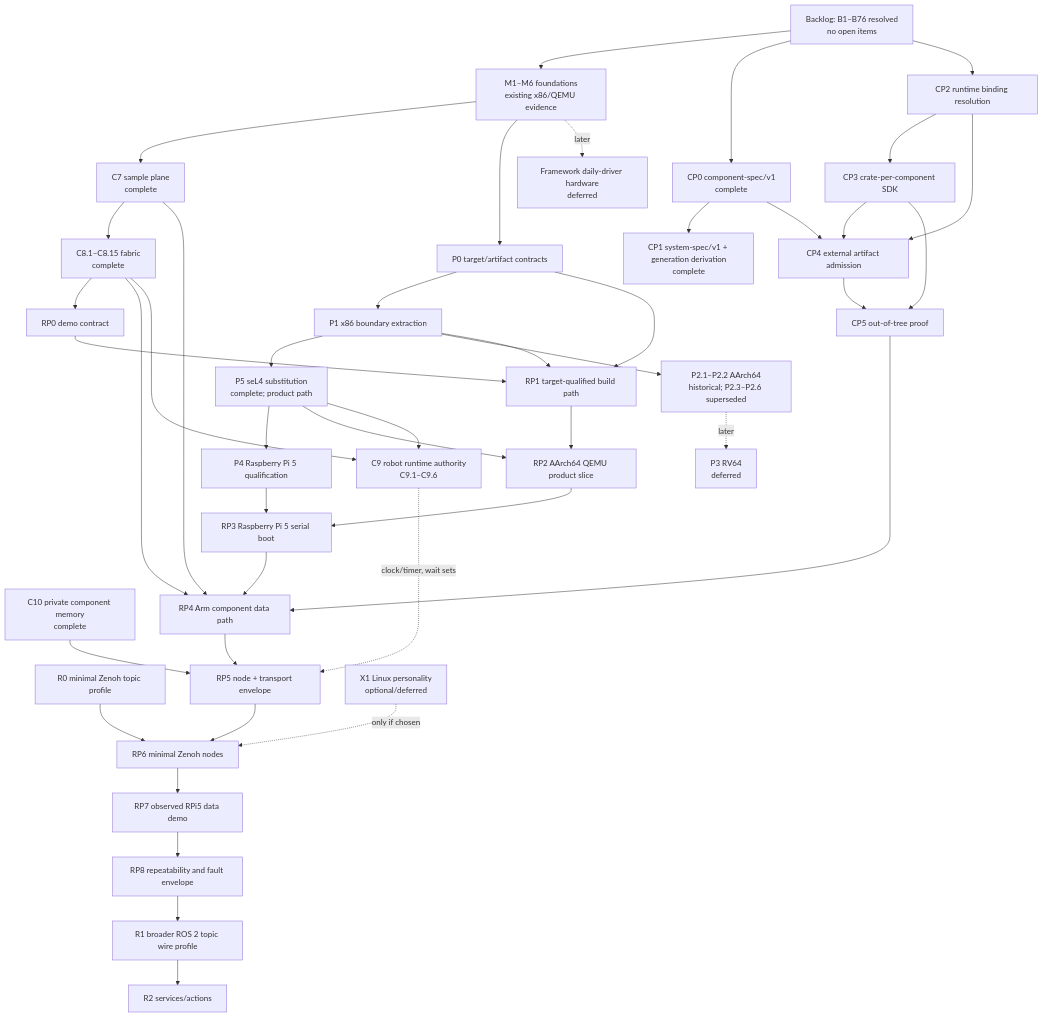
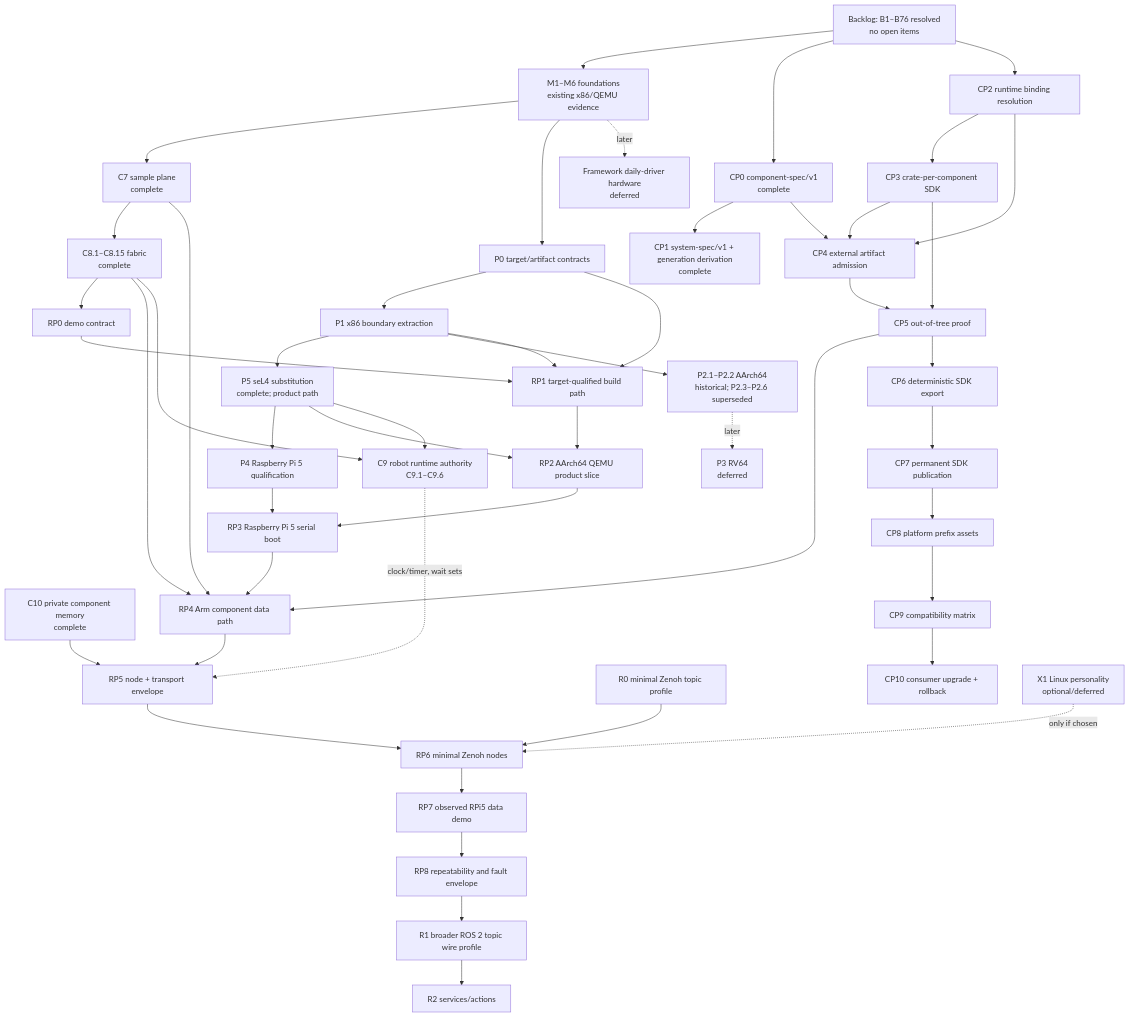
The diagram in roadmap/README.md (iceice666/slime_os), drawn with Mermaid before and after one commit. The commit also changed other lines of this file and 3 other files, not shown here.

Commit message:
docs(roadmap/component-sdk): plan sdk releases

````diff
--- a/roadmap/README.md
+++ b/roadmap/README.md
@@ -45,67 +45,73 @@
 ```mermaid
 flowchart TD
     Backlog["Backlog: B1–B76 resolved\nno open items"]
     Foundations["M1–M6 foundations\nexisting x86/QEMU evidence"]
     C7["C7 sample plane\ncomplete"]
     C8["C8.1–C8.15 fabric\ncomplete"]
     P0["P0 target/artifact contracts"]
     P1["P1 x86 boundary extraction"]
     P2["P2.1–P2.2 AArch64\nhistorical; P2.3–P2.6 superseded"]
     P5["P5 seL4 substitution\ncomplete; product path"]
     P4["P4 Raspberry Pi 5 qualification"]
     C9["C9 robot runtime authority\nC9.1–C9.6"]
     C10["C10 private component memory\ncomplete"]
     CP0["CP0 component-spec/v1\ncomplete"]
     CP1["CP1 system-spec/v1 + generation derivation\ncomplete"]
     CP2["CP2 runtime binding resolution"]
     CP3["CP3 crate-per-component SDK"]
     CP4["CP4 external artifact admission"]
     CP5["CP5 out-of-tree proof"]
+    CP6["CP6 deterministic SDK export"]
+    CP7["CP7 permanent SDK publication"]
+    CP8["CP8 platform prefix assets"]
+    CP9["CP9 compatibility matrix"]
+    CP10["CP10 consumer upgrade + rollback"]
     R0["R0 minimal Zenoh topic profile"]
     RP0["RP0 demo contract"]
     RP1["RP1 target-qualified build path"]
     RP2["RP2 AArch64 QEMU product slice"]
     RP3["RP3 Raspberry Pi 5 serial boot"]
     RP4["RP4 Arm component data path"]
     RP5["RP5 node + transport envelope"]
     RP6["RP6 minimal Zenoh nodes"]
     RP7["RP7 observed RPi5 data demo"]
     RP8["RP8 repeatability and fault envelope"]
     R1["R1 broader ROS 2 topic wire profile"]
     R2["R2 services/actions"]
     Framework["Framework daily-driver hardware\ndeferred"]
     RV64["P3 RV64\ndeferred"]
     X1["X1 Linux personality\noptional/deferred"]
 
     Backlog --> Foundations
     Foundations --> C7 --> C8
     Foundations --> P0 --> P1 --> P5 --> P4
     P1 --> P2
     C8 --> RP0
     P0 --> RP1
     P1 --> RP1
     RP0 --> RP1 --> RP2 --> RP3 --> RP4 --> RP5 --> RP6 --> RP7 --> RP8
     P5 --> RP2
     P4 --> RP3
     C7 --> RP4
     C8 --> RP4
     Backlog --> CP0
     Backlog --> CP2
     CP0 --> CP1
     CP2 --> CP3
     CP0 --> CP4
     CP2 --> CP4
     CP3 --> CP4
     CP3 --> CP5
     CP4 --> CP5
     CP5 --> RP4
+    CP5 --> CP6 --> CP7 --> CP8 --> CP9 --> CP10
     C8 --> C9
     P5 --> C9
     C10 --> RP5
     C9 -.->|clock/timer, wait sets| RP5
     R0 --> RP6
     X1 -.->|only if chosen| RP6
     RP8 --> R1 --> R2
     P2 -.->|later| RV64
     Foundations -.->|later| Framework
 ```
````
